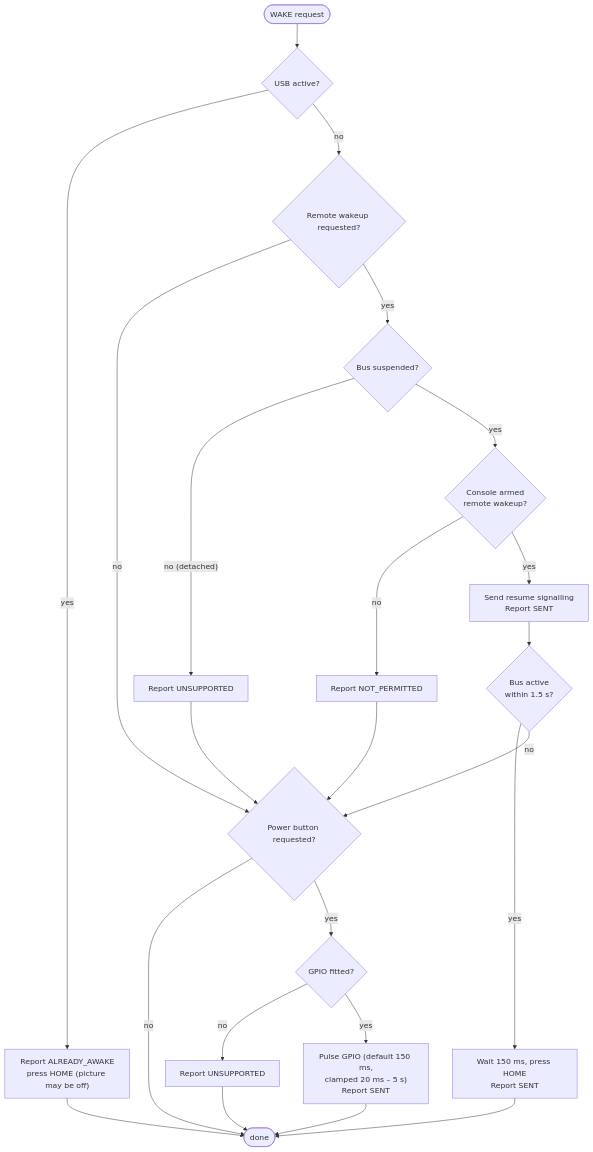
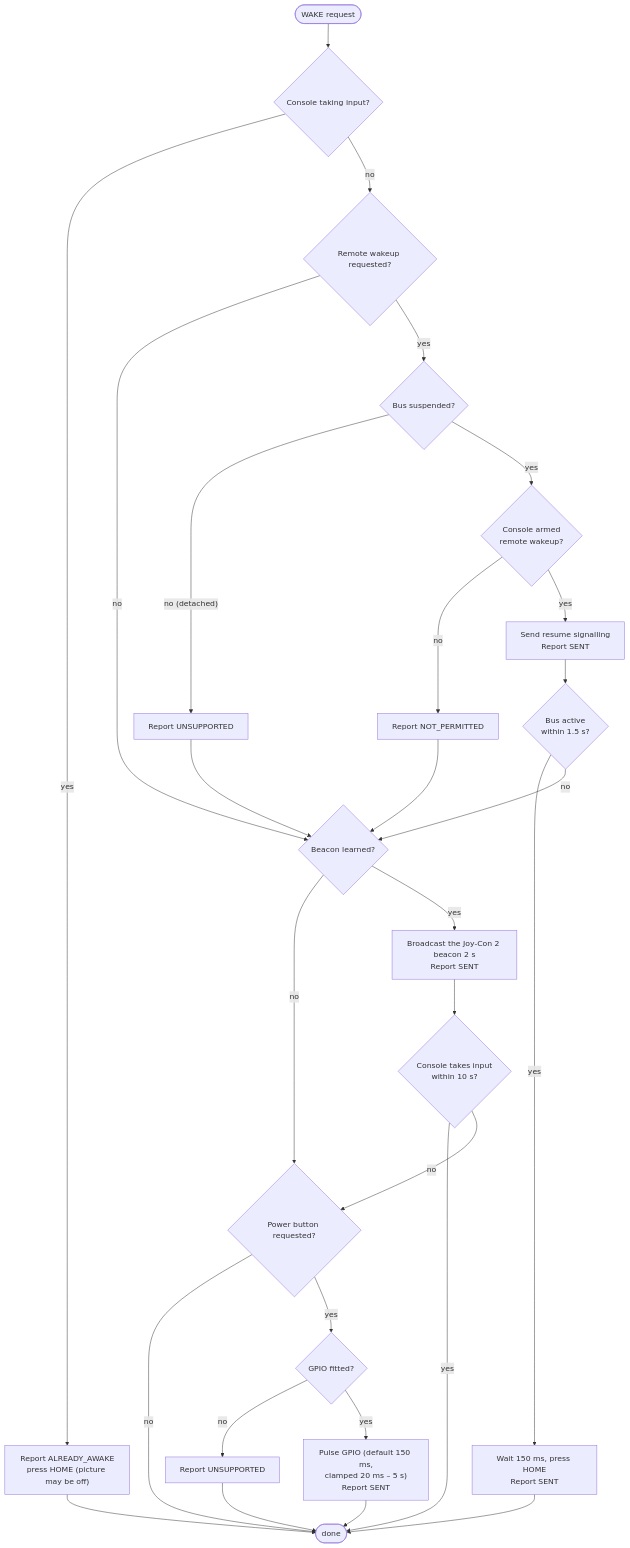
One commit to thiagofnc/Hikari-remote-play changed the diagram in docs/remote-wake.md. Above: the diagram before and after it, drawn with Mermaid. The commit also changed other lines of this file and 2 other files, not shown here.

Commit message:
Document Bluetooth wake and what a sleeping Switch 2 does over USB

````diff
--- a/docs/remote-wake.md
+++ b/docs/remote-wake.md
@@ -37,19 +60,24 @@
 ```mermaid
 flowchart TD
-    A([WAKE request]) --> B{USB active?}
+    A([WAKE request]) --> B{"Console taking input?"}
     B -- yes --> B1["Report ALREADY_AWAKE<br/>press HOME (picture may be off)"] --> Z([done])
     B -- no --> C{"Remote wakeup requested?"}
-    C -- no --> P
+    C -- no --> L
     C -- yes --> D{"Bus suspended?"}
-    D -- "no (detached)" --> D1[Report UNSUPPORTED] --> P
+    D -- "no (detached)" --> D1[Report UNSUPPORTED] --> L
     D -- yes --> E{"Console armed<br/>remote wakeup?"}
-    E -- no --> E1[Report NOT_PERMITTED] --> P
+    E -- no --> E1[Report NOT_PERMITTED] --> L
     E -- yes --> F["Send resume signalling<br/>Report SENT"] --> G{"Bus active<br/>within 1.5 s?"}
     G -- yes --> H["Wait 150 ms, press HOME<br/>Report SENT"] --> Z
-    G -- no --> P
+    G -- no --> L
+    L{"Beacon learned?"}
+    L -- no --> P
+    L -- yes --> L1["Broadcast the Joy-Con 2 beacon 2 s<br/>Report SENT"] --> L2{"Console takes input<br/>within 10 s?"}
+    L2 -- yes --> Z
+    L2 -- no --> P
     P{"Power button requested?"}
     P -- no --> Z
     P -- yes --> Q{"GPIO fitted?"}
     Q -- no --> Q1[Report UNSUPPORTED] --> Z
     Q -- yes --> R["Pulse GPIO (default 150 ms,<br/>clamped 20 ms – 5 s)<br/>Report SENT"] --> Z
 ```
````
